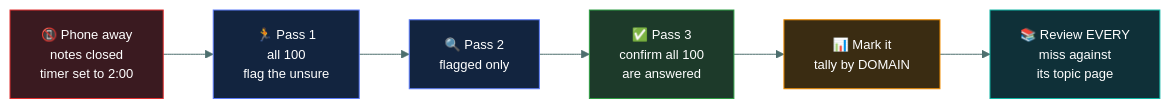
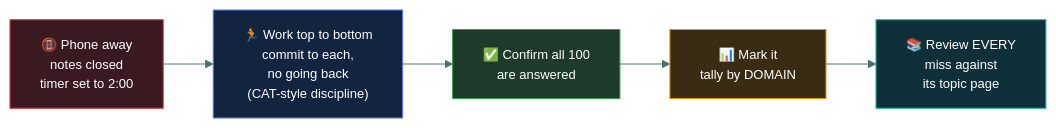
Before and after one commit to tarunTejaDesireddy/cc-exam-prep: the diagram in 08-mock-exams/README.md, drawn with Mermaid. The commit also changed other lines of this file and 4 other files, not shown here.

````diff
--- a/08-mock-exams/README.md
+++ b/08-mock-exams/README.md
@@ -60,16 +72,14 @@
 ```mermaid
 %%{init: {'theme':'base','themeVariables':{'fontSize':'13px','lineColor':'#4d6f6e','textColor':'#dbe7e6'}}}%%
 flowchart LR
-    P["📵 Phone away<br/>notes closed<br/>timer set to 2:00"] --> A["🏃 Pass 1<br/>all 100<br/>flag the unsure"]
-    A --> B["🔍 Pass 2<br/>flagged only"]
-    B --> C["✅ Pass 3<br/>confirm all 100<br/>are answered"]
+    P["📵 Phone away<br/>notes closed<br/>timer set to 2:00"] --> A["🏃 Work top to bottom<br/>commit to each,<br/>no going back<br/>(CAT-style discipline)"]
+    A --> C["✅ Confirm all 100<br/>are answered"]
     C --> D["📊 Mark it<br/>tally by DOMAIN"]
     D --> E["📚 Review EVERY<br/>miss against<br/>its topic page"]
 
     style P fill:#3a1a20,stroke:#E03131,color:#fff
     style A fill:#12243f,stroke:#5C7CFA,color:#fff
-    style B fill:#12243f,stroke:#5C7CFA,color:#fff
     style C fill:#1d3a2a,stroke:#2F9E44,color:#fff
     style D fill:#3a2c12,stroke:#F08C00,color:#fff
     style E fill:#0f3038,stroke:#12B5A5,color:#fff
 ```
````
